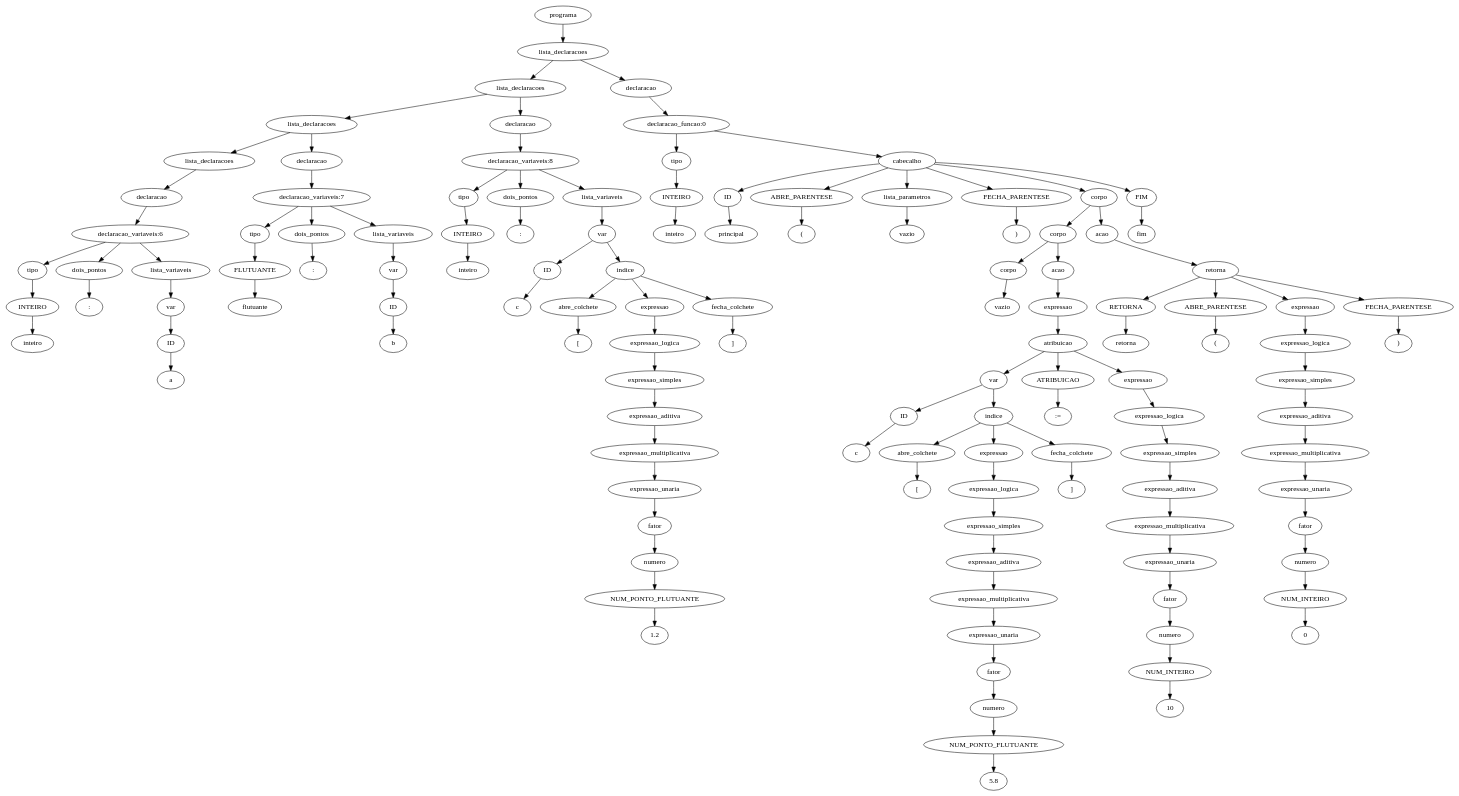
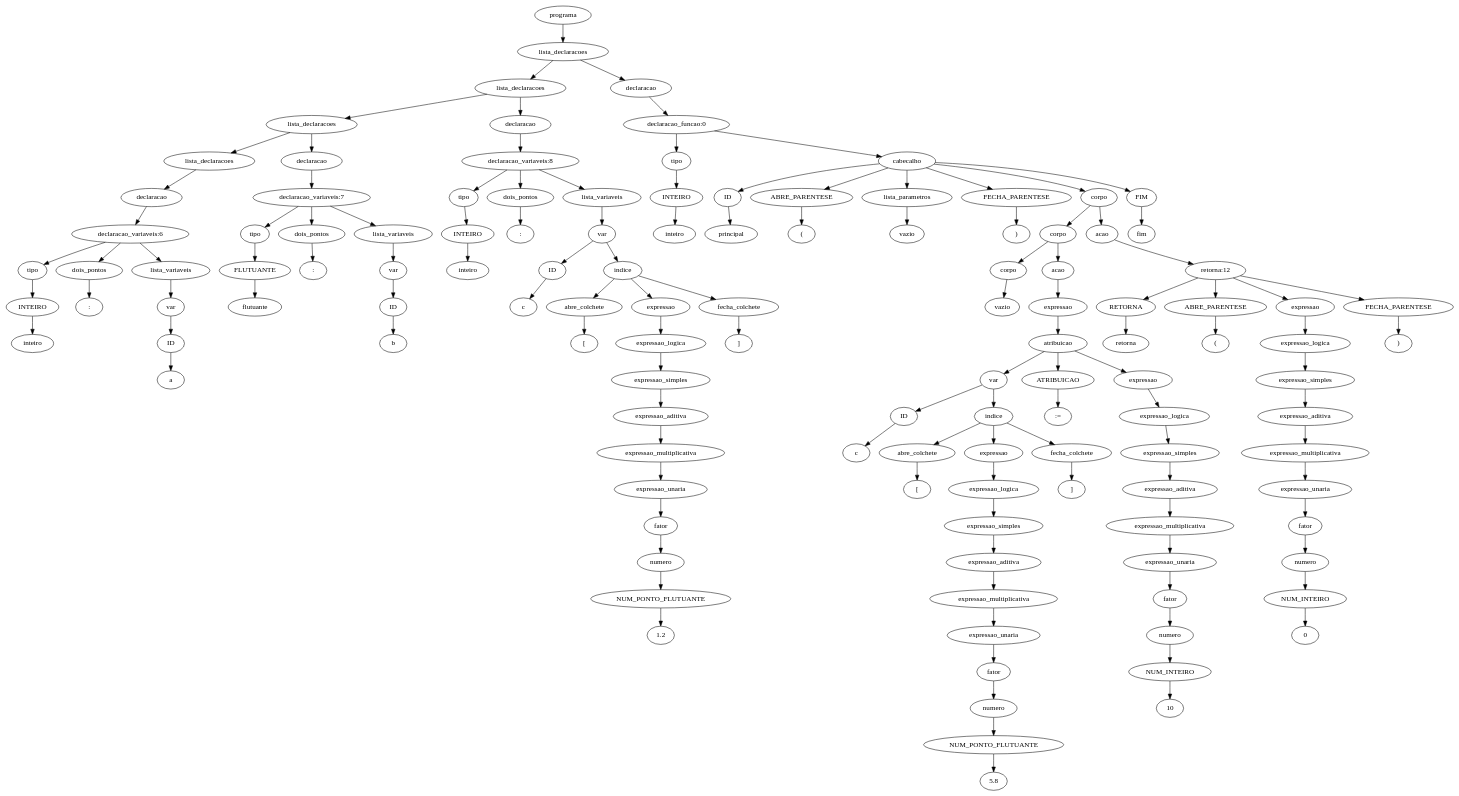
The diagram in 7.AnaliseSemantica/implementacao/semantica-testes/sema-002.tpp.unique.ast.dot (JuanFSR/Compiladores), drawn with Graphviz before and after one commit. The commit also changed 9 other files, not shown here.

```diff
--- a/7.AnaliseSemantica/implementacao/semantica-testes/sema-002.tpp.unique.ast.dot
+++ b/7.AnaliseSemantica/implementacao/semantica-testes/sema-002.tpp.unique.ast.dot
@@ -1,249 +1,249 @@
 digraph tree {
-    "0x7f5c901e0b50" [label="programa"];
-    "0x7f5c90171d30" [label="lista_declaracoes"];
-    "0x7f5c901e0df0" [label="lista_declaracoes"];
-    "0x7f5c901e0c70" [label="lista_declaracoes"];
-    "0x7f5c901e0a60" [label="lista_declaracoes"];
-    "0x7f5c90e227f0" [label="declaracao"];
-    "0x7f5c901e09d0" [label="declaracao_variaveis:6"];
-    "0x7f5c901e0940" [label="tipo"];
-    "0x7f5c901e09a0" [label="INTEIRO"];
-    "0x7f5c901e0a00" [label="inteiro"];
-    "0x7f5c901e0ac0" [label="dois_pontos"];
-    "0x7f5c901e0970" [label=":"];
-    "0x7f5c901e0a30" [label="lista_variaveis"];
-    "0x7f5c90e19310" [label="var"];
-    "0x7f5cd2d5d460" [label="ID"];
-    "0x7f5c901e0b20" [label="a"];
-    "0x7f5c901e0bb0" [label="declaracao"];
-    "0x7f5c901e0d30" [label="declaracao_variaveis:7"];
-    "0x7f5c901e0be0" [label="tipo"];
-    "0x7f5c901e0c10" [label="FLUTUANTE"];
-    "0x7f5c901e0c40" [label="flutuante"];
-    "0x7f5c901e0e50" [label="dois_pontos"];
-    "0x7f5c901e0e80" [label=":"];
-    "0x7f5c901e0ca0" [label="lista_variaveis"];
-    "0x7f5c901e0af0" [label="var"];
-    "0x7f5c901e0a90" [label="ID"];
-    "0x7f5c901e0d90" [label="b"];
-    "0x7f5c901e0eb0" [label="declaracao"];
-    "0x7f5c901713d0" [label="declaracao_variaveis:8"];
-    "0x7f5c901b5f40" [label="tipo"];
-    "0x7f5c903f5a00" [label="INTEIRO"];
-    "0x7f5c901e0ee0" [label="inteiro"];
-    "0x7f5c901712b0" [label="dois_pontos"];
-    "0x7f5c90171070" [label=":"];
-    "0x7f5c901e0dc0" [label="lista_variaveis"];
-    "0x7f5c901e0f40" [label="var"];
-    "0x7f5c901e0f70" [label="ID"];
-    "0x7f5c901711c0" [label="c"];
-    "0x7f5c90171190" [label="indice"];
-    "0x7f5c90171220" [label="abre_colchete"];
-    "0x7f5c90171310" [label="["];
-    "0x7f5c90171160" [label="expressao"];
-    "0x7f5c90171130" [label="expressao_logica"];
-    "0x7f5c901710a0" [label="expressao_simples"];
-    "0x7f5c901e0fd0" [label="expressao_aditiva"];
-    "0x7f5c90171100" [label="expressao_multiplicativa"];
-    "0x7f5c901e0f10" [label="expressao_unaria"];
-    "0x7f5c901e0fa0" [label="fator"];
-    "0x7f5c901e0d60" [label="numero"];
-    "0x7f5c901e0d00" [label="NUM_PONTO_FLUTUANTE"];
-    "0x7f5c901710d0" [label="1.2"];
-    "0x7f5c90171340" [label="fecha_colchete"];
-    "0x7f5c90171370" [label="]"];
-    "0x7f5c901e0e20" [label="declaracao"];
-    "0x7f5c90171400" [label="declaracao_funcao:0"];
-    "0x7f5c901e0b80" [label="tipo"];
-    "0x7f5c901e07c0" [label="INTEIRO"];
-    "0x7f5c90171430" [label="inteiro"];
-    "0x7f5c90171a00" [label="cabecalho"];
-    "0x7f5c9017d220" [label="ID"];
-    "0x7f5c9017d250" [label="principal"];
-    "0x7f5c9017d0a0" [label="ABRE_PARENTESE"];
-    "0x7f5c9017d100" [label="("];
-    "0x7f5c90171550" [label="lista_parametros"];
-    "0x7f5c901712e0" [label="vazio"];
-    "0x7f5c9017d040" [label="FECHA_PARENTESE"];
-    "0x7f5c9017d280" [label=")"];
-    "0x7f5c90171fa0" [label="corpo"];
-    "0x7f5c90171d90" [label="corpo"];
-    "0x7f5c90171670" [label="corpo"];
-    "0x7f5c90171460" [label="vazio"];
-    "0x7f5c90171ca0" [label="acao"];
-    "0x7f5c90171af0" [label="expressao"];
-    "0x7f5c90171c40" [label="atribuicao"];
-    "0x7f5c901716d0" [label="var"];
-    "0x7f5c90171700" [label="ID"];
-    "0x7f5c90171910" [label="c"];
-    "0x7f5c901718e0" [label="indice"];
-    "0x7f5c90171970" [label="abre_colchete"];
-    "0x7f5c90171a60" [label="["];
-    "0x7f5c901718b0" [label="expressao"];
-    "0x7f5c90171880" [label="expressao_logica"];
-    "0x7f5c901717f0" [label="expressao_simples"];
-    "0x7f5c90171760" [label="expressao_aditiva"];
-    "0x7f5c90171850" [label="expressao_multiplicativa"];
-    "0x7f5c901716a0" [label="expressao_unaria"];
-    "0x7f5c90171730" [label="fator"];
-    "0x7f5c90171580" [label="numero"];
-    "0x7f5c901715e0" [label="NUM_PONTO_FLUTUANTE"];
-    "0x7f5c90171820" [label="5.8"];
-    "0x7f5c90171a90" [label="fecha_colchete"];
-    "0x7f5c90171ac0" [label="]"];
-    "0x7f5c90171cd0" [label="ATRIBUICAO"];
-    "0x7f5c90171d60" [label=":="];
-    "0x7f5c90171c10" [label="expressao"];
-    "0x7f5c90171be0" [label="expressao_logica"];
-    "0x7f5c90171b80" [label="expressao_simples"];
-    "0x7f5c901717c0" [label="expressao_aditiva"];
-    "0x7f5c90171a30" [label="expressao_multiplicativa"];
-    "0x7f5c901719a0" [label="expressao_unaria"];
-    "0x7f5c90171790" [label="fator"];
-    "0x7f5c90171610" [label="numero"];
-    "0x7f5c901715b0" [label="NUM_INTEIRO"];
-    "0x7f5c90171940" [label="10"];
-    "0x7f5c90171bb0" [label="acao"];
-    "0x7f5c90171f40" [label="retorna"];
-    "0x7f5c90171fd0" [label="RETORNA"];
-    "0x7f5c9017d130" [label="retorna"];
-    "0x7f5c9017d160" [label="ABRE_PARENTESE"];
-    "0x7f5c9017d190" [label="("];
-    "0x7f5c90171f10" [label="expressao"];
-    "0x7f5c90171ee0" [label="expressao_logica"];
-    "0x7f5c90171eb0" [label="expressao_simples"];
-    "0x7f5c90171e20" [label="expressao_aditiva"];
-    "0x7f5c901719d0" [label="expressao_multiplicativa"];
-    "0x7f5c90171dc0" [label="expressao_unaria"];
-    "0x7f5c90171df0" [label="fator"];
-    "0x7f5c901714f0" [label="numero"];
-    "0x7f5c90171640" [label="NUM_INTEIRO"];
-    "0x7f5c90171b20" [label="0"];
-    "0x7f5c9017d1c0" [label="FECHA_PARENTESE"];
-    "0x7f5c9017d1f0" [label=")"];
-    "0x7f5c9017d2b0" [label="FIM"];
-    "0x7f5c9017d2e0" [label="fim"];
-    "0x7f5c901e0b50" -> "0x7f5c90171d30";
-    "0x7f5c90171d30" -> "0x7f5c901e0df0";
-    "0x7f5c90171d30" -> "0x7f5c901e0e20";
-    "0x7f5c901e0df0" -> "0x7f5c901e0c70";
-    "0x7f5c901e0df0" -> "0x7f5c901e0eb0";
-    "0x7f5c901e0c70" -> "0x7f5c901e0a60";
-    "0x7f5c901e0c70" -> "0x7f5c901e0bb0";
-    "0x7f5c901e0a60" -> "0x7f5c90e227f0";
-    "0x7f5c90e227f0" -> "0x7f5c901e09d0";
-    "0x7f5c901e09d0" -> "0x7f5c901e0940";
-    "0x7f5c901e09d0" -> "0x7f5c901e0ac0";
-    "0x7f5c901e09d0" -> "0x7f5c901e0a30";
-    "0x7f5c901e0940" -> "0x7f5c901e09a0";
-    "0x7f5c901e09a0" -> "0x7f5c901e0a00";
-    "0x7f5c901e0ac0" -> "0x7f5c901e0970";
-    "0x7f5c901e0a30" -> "0x7f5c90e19310";
-    "0x7f5c90e19310" -> "0x7f5cd2d5d460";
-    "0x7f5cd2d5d460" -> "0x7f5c901e0b20";
-    "0x7f5c901e0bb0" -> "0x7f5c901e0d30";
-    "0x7f5c901e0d30" -> "0x7f5c901e0be0";
-    "0x7f5c901e0d30" -> "0x7f5c901e0e50";
-    "0x7f5c901e0d30" -> "0x7f5c901e0ca0";
-    "0x7f5c901e0be0" -> "0x7f5c901e0c10";
-    "0x7f5c901e0c10" -> "0x7f5c901e0c40";
-    "0x7f5c901e0e50" -> "0x7f5c901e0e80";
-    "0x7f5c901e0ca0" -> "0x7f5c901e0af0";
-    "0x7f5c901e0af0" -> "0x7f5c901e0a90";
-    "0x7f5c901e0a90" -> "0x7f5c901e0d90";
-    "0x7f5c901e0eb0" -> "0x7f5c901713d0";
-    "0x7f5c901713d0" -> "0x7f5c901b5f40";
-    "0x7f5c901713d0" -> "0x7f5c901712b0";
-    "0x7f5c901713d0" -> "0x7f5c901e0dc0";
-    "0x7f5c901b5f40" -> "0x7f5c903f5a00";
-    "0x7f5c903f5a00" -> "0x7f5c901e0ee0";
-    "0x7f5c901712b0" -> "0x7f5c90171070";
-    "0x7f5c901e0dc0" -> "0x7f5c901e0f40";
-    "0x7f5c901e0f40" -> "0x7f5c901e0f70";
-    "0x7f5c901e0f40" -> "0x7f5c90171190";
-    "0x7f5c901e0f70" -> "0x7f5c901711c0";
-    "0x7f5c90171190" -> "0x7f5c90171220";
-    "0x7f5c90171190" -> "0x7f5c90171160";
-    "0x7f5c90171190" -> "0x7f5c90171340";
-    "0x7f5c90171220" -> "0x7f5c90171310";
-    "0x7f5c90171160" -> "0x7f5c90171130";
-    "0x7f5c90171130" -> "0x7f5c901710a0";
-    "0x7f5c901710a0" -> "0x7f5c901e0fd0";
-    "0x7f5c901e0fd0" -> "0x7f5c90171100";
-    "0x7f5c90171100" -> "0x7f5c901e0f10";
-    "0x7f5c901e0f10" -> "0x7f5c901e0fa0";
-    "0x7f5c901e0fa0" -> "0x7f5c901e0d60";
-    "0x7f5c901e0d60" -> "0x7f5c901e0d00";
-    "0x7f5c901e0d00" -> "0x7f5c901710d0";
-    "0x7f5c90171340" -> "0x7f5c90171370";
-    "0x7f5c901e0e20" -> "0x7f5c90171400";
-    "0x7f5c90171400" -> "0x7f5c901e0b80";
-    "0x7f5c90171400" -> "0x7f5c90171a00";
-    "0x7f5c901e0b80" -> "0x7f5c901e07c0";
-    "0x7f5c901e07c0" -> "0x7f5c90171430";
-    "0x7f5c90171a00" -> "0x7f5c9017d220";
-    "0x7f5c90171a00" -> "0x7f5c9017d0a0";
-    "0x7f5c90171a00" -> "0x7f5c90171550";
-    "0x7f5c90171a00" -> "0x7f5c9017d040";
-    "0x7f5c90171a00" -> "0x7f5c90171fa0";
-    "0x7f5c90171a00" -> "0x7f5c9017d2b0";
-    "0x7f5c9017d220" -> "0x7f5c9017d250";
-    "0x7f5c9017d0a0" -> "0x7f5c9017d100";
-    "0x7f5c90171550" -> "0x7f5c901712e0";
-    "0x7f5c9017d040" -> "0x7f5c9017d280";
-    "0x7f5c90171fa0" -> "0x7f5c90171d90";
-    "0x7f5c90171fa0" -> "0x7f5c90171bb0";
-    "0x7f5c90171d90" -> "0x7f5c90171670";
-    "0x7f5c90171d90" -> "0x7f5c90171ca0";
-    "0x7f5c90171670" -> "0x7f5c90171460";
-    "0x7f5c90171ca0" -> "0x7f5c90171af0";
-    "0x7f5c90171af0" -> "0x7f5c90171c40";
-    "0x7f5c90171c40" -> "0x7f5c901716d0";
-    "0x7f5c90171c40" -> "0x7f5c90171cd0";
-    "0x7f5c90171c40" -> "0x7f5c90171c10";
-    "0x7f5c901716d0" -> "0x7f5c90171700";
-    "0x7f5c901716d0" -> "0x7f5c901718e0";
-    "0x7f5c90171700" -> "0x7f5c90171910";
-    "0x7f5c901718e0" -> "0x7f5c90171970";
-    "0x7f5c901718e0" -> "0x7f5c901718b0";
-    "0x7f5c901718e0" -> "0x7f5c90171a90";
-    "0x7f5c90171970" -> "0x7f5c90171a60";
-    "0x7f5c901718b0" -> "0x7f5c90171880";
-    "0x7f5c90171880" -> "0x7f5c901717f0";
-    "0x7f5c901717f0" -> "0x7f5c90171760";
-    "0x7f5c90171760" -> "0x7f5c90171850";
-    "0x7f5c90171850" -> "0x7f5c901716a0";
-    "0x7f5c901716a0" -> "0x7f5c90171730";
-    "0x7f5c90171730" -> "0x7f5c90171580";
-    "0x7f5c90171580" -> "0x7f5c901715e0";
-    "0x7f5c901715e0" -> "0x7f5c90171820";
-    "0x7f5c90171a90" -> "0x7f5c90171ac0";
-    "0x7f5c90171cd0" -> "0x7f5c90171d60";
-    "0x7f5c90171c10" -> "0x7f5c90171be0";
-    "0x7f5c90171be0" -> "0x7f5c90171b80";
-    "0x7f5c90171b80" -> "0x7f5c901717c0";
-    "0x7f5c901717c0" -> "0x7f5c90171a30";
-    "0x7f5c90171a30" -> "0x7f5c901719a0";
-    "0x7f5c901719a0" -> "0x7f5c90171790";
-    "0x7f5c90171790" -> "0x7f5c90171610";
-    "0x7f5c90171610" -> "0x7f5c901715b0";
-    "0x7f5c901715b0" -> "0x7f5c90171940";
-    "0x7f5c90171bb0" -> "0x7f5c90171f40";
-    "0x7f5c90171f40" -> "0x7f5c90171fd0";
-    "0x7f5c90171f40" -> "0x7f5c9017d160";
-    "0x7f5c90171f40" -> "0x7f5c90171f10";
-    "0x7f5c90171f40" -> "0x7f5c9017d1c0";
-    "0x7f5c90171fd0" -> "0x7f5c9017d130";
-    "0x7f5c9017d160" -> "0x7f5c9017d190";
-    "0x7f5c90171f10" -> "0x7f5c90171ee0";
-    "0x7f5c90171ee0" -> "0x7f5c90171eb0";
-    "0x7f5c90171eb0" -> "0x7f5c90171e20";
-    "0x7f5c90171e20" -> "0x7f5c901719d0";
-    "0x7f5c901719d0" -> "0x7f5c90171dc0";
-    "0x7f5c90171dc0" -> "0x7f5c90171df0";
-    "0x7f5c90171df0" -> "0x7f5c901714f0";
-    "0x7f5c901714f0" -> "0x7f5c90171640";
-    "0x7f5c90171640" -> "0x7f5c90171b20";
-    "0x7f5c9017d1c0" -> "0x7f5c9017d1f0";
-    "0x7f5c9017d2b0" -> "0x7f5c9017d2e0";
+    "0x7f21eaf4db20" [label="programa"];
+    "0x7f21eaee0d00" [label="lista_declaracoes"];
+    "0x7f21eaf4ddc0" [label="lista_declaracoes"];
+    "0x7f21eaf4dc40" [label="lista_declaracoes"];
+    "0x7f21eaf4da30" [label="lista_declaracoes"];
+    "0x7f21ebb917c0" [label="declaracao"];
+    "0x7f21eaf4d9a0" [label="declaracao_variaveis:6"];
+    "0x7f21eaf4d910" [label="tipo"];
+    "0x7f21eaf4d970" [label="INTEIRO"];
+    "0x7f21eaf4d9d0" [label="inteiro"];
+    "0x7f21eaf4da90" [label="dois_pontos"];
+    "0x7f21eaf4d940" [label=":"];
+    "0x7f21eaf4da00" [label="lista_variaveis"];
+    "0x7f21ebb862e0" [label="var"];
+    "0x7f222dac9430" [label="ID"];
+    "0x7f21eaf4daf0" [label="a"];
+    "0x7f21eaf4db80" [label="declaracao"];
+    "0x7f21eaf4dd00" [label="declaracao_variaveis:7"];
+    "0x7f21eaf4dbb0" [label="tipo"];
+    "0x7f21eaf4dbe0" [label="FLUTUANTE"];
+    "0x7f21eaf4dc10" [label="flutuante"];
+    "0x7f21eaf4de20" [label="dois_pontos"];
+    "0x7f21eaf4de50" [label=":"];
+    "0x7f21eaf4dc70" [label="lista_variaveis"];
+    "0x7f21eaf4dac0" [label="var"];
+    "0x7f21eaf4da60" [label="ID"];
+    "0x7f21eaf4dd60" [label="b"];
+    "0x7f21eaf4de80" [label="declaracao"];
+    "0x7f21eaee03a0" [label="declaracao_variaveis:8"];
+    "0x7f21eaf25f10" [label="tipo"];
+    "0x7f21eb1639d0" [label="INTEIRO"];
+    "0x7f21eaf4deb0" [label="inteiro"];
+    "0x7f21eaee0280" [label="dois_pontos"];
+    "0x7f21eaee0040" [label=":"];
+    "0x7f21eaf4dd90" [label="lista_variaveis"];
+    "0x7f21eaf4df10" [label="var"];
+    "0x7f21eaf4df40" [label="ID"];
+    "0x7f21eaf4dfd0" [label="c"];
+    "0x7f21eaee0160" [label="indice"];
+    "0x7f21eaee01f0" [label="abre_colchete"];
+    "0x7f21eaee02e0" [label="["];
+    "0x7f21eaee0130" [label="expressao"];
+    "0x7f21eaee0100" [label="expressao_logica"];
+    "0x7f21eaee0070" [label="expressao_simples"];
+    "0x7f21eaf4dfa0" [label="expressao_aditiva"];
+    "0x7f21eaee00d0" [label="expressao_multiplicativa"];
+    "0x7f21eaf4dee0" [label="expressao_unaria"];
+    "0x7f21eaf4df70" [label="fator"];
+    "0x7f21eaf4dd30" [label="numero"];
+    "0x7f21eaf4dcd0" [label="NUM_PONTO_FLUTUANTE"];
+    "0x7f21eaee00a0" [label="1.2"];
+    "0x7f21eaee0310" [label="fecha_colchete"];
+    "0x7f21eaee0340" [label="]"];
+    "0x7f21eaf4ddf0" [label="declaracao"];
+    "0x7f21eaee03d0" [label="declaracao_funcao:0"];
+    "0x7f21eaf4db50" [label="tipo"];
+    "0x7f21eaf4d790" [label="INTEIRO"];
+    "0x7f21eaee0400" [label="inteiro"];
+    "0x7f21eaee09d0" [label="cabecalho"];
+    "0x7f21eaee0e50" [label="ID"];
+    "0x7f21eaeec1f0" [label="principal"];
+    "0x7f21eaeec220" [label="ABRE_PARENTESE"];
+    "0x7f21eaeec070" [label="("];
+    "0x7f21eaee0520" [label="lista_parametros"];
+    "0x7f21eaee02b0" [label="vazio"];
+    "0x7f21eaeec0d0" [label="FECHA_PARENTESE"];
+    "0x7f21eaeec250" [label=")"];
+    "0x7f21eaee0f70" [label="corpo"];
+    "0x7f21eaee0d60" [label="corpo"];
+    "0x7f21eaee0640" [label="corpo"];
+    "0x7f21eaee0430" [label="vazio"];
+    "0x7f21eaee0c70" [label="acao"];
+    "0x7f21eaee0ac0" [label="expressao"];
+    "0x7f21eaee0c10" [label="atribuicao"];
+    "0x7f21eaee06a0" [label="var"];
+    "0x7f21eaee06d0" [label="ID"];
+    "0x7f21eaee08e0" [label="c"];
+    "0x7f21eaee08b0" [label="indice"];
+    "0x7f21eaee0940" [label="abre_colchete"];
+    "0x7f21eaee0a30" [label="["];
+    "0x7f21eaee0880" [label="expressao"];
+    "0x7f21eaee0850" [label="expressao_logica"];
+    "0x7f21eaee07c0" [label="expressao_simples"];
+    "0x7f21eaee0730" [label="expressao_aditiva"];
+    "0x7f21eaee0820" [label="expressao_multiplicativa"];
+    "0x7f21eaee0670" [label="expressao_unaria"];
+    "0x7f21eaee0700" [label="fator"];
+    "0x7f21eaee0550" [label="numero"];
+    "0x7f21eaee05b0" [label="NUM_PONTO_FLUTUANTE"];
+    "0x7f21eaee07f0" [label="5.8"];
+    "0x7f21eaee0a60" [label="fecha_colchete"];
+    "0x7f21eaee0a90" [label="]"];
+    "0x7f21eaee0ca0" [label="ATRIBUICAO"];
+    "0x7f21eaee0d30" [label=":="];
+    "0x7f21eaee0be0" [label="expressao"];
+    "0x7f21eaee0bb0" [label="expressao_logica"];
+    "0x7f21eaee0b50" [label="expressao_simples"];
+    "0x7f21eaee0790" [label="expressao_aditiva"];
+    "0x7f21eaee0a00" [label="expressao_multiplicativa"];
+    "0x7f21eaee0970" [label="expressao_unaria"];
+    "0x7f21eaee0760" [label="fator"];
+    "0x7f21eaee05e0" [label="numero"];
+    "0x7f21eaee0580" [label="NUM_INTEIRO"];
+    "0x7f21eaee0910" [label="10"];
+    "0x7f21eaee0b80" [label="acao"];
+    "0x7f21eaee0f10" [label="retorna:12"];
+    "0x7f21eaee0fa0" [label="RETORNA"];
+    "0x7f21eaeec100" [label="retorna"];
+    "0x7f21eaeec130" [label="ABRE_PARENTESE"];
+    "0x7f21eaeec160" [label="("];
+    "0x7f21eaee0ee0" [label="expressao"];
+    "0x7f21eaee0eb0" [label="expressao_logica"];
+    "0x7f21eaee0e80" [label="expressao_simples"];
+    "0x7f21eaee0df0" [label="expressao_aditiva"];
+    "0x7f21eaee09a0" [label="expressao_multiplicativa"];
+    "0x7f21eaee0d90" [label="expressao_unaria"];
+    "0x7f21eaee0dc0" [label="fator"];
+    "0x7f21eaee04c0" [label="numero"];
+    "0x7f21eaee0610" [label="NUM_INTEIRO"];
+    "0x7f21eaee0af0" [label="0"];
+    "0x7f21eaeec190" [label="FECHA_PARENTESE"];
+    "0x7f21eaeec1c0" [label=")"];
+    "0x7f21eaeec280" [label="FIM"];
+    "0x7f21eaeec2b0" [label="fim"];
+    "0x7f21eaf4db20" -> "0x7f21eaee0d00";
+    "0x7f21eaee0d00" -> "0x7f21eaf4ddc0";
+    "0x7f21eaee0d00" -> "0x7f21eaf4ddf0";
+    "0x7f21eaf4ddc0" -> "0x7f21eaf4dc40";
+    "0x7f21eaf4ddc0" -> "0x7f21eaf4de80";
+    "0x7f21eaf4dc40" -> "0x7f21eaf4da30";
+    "0x7f21eaf4dc40" -> "0x7f21eaf4db80";
+    "0x7f21eaf4da30" -> "0x7f21ebb917c0";
+    "0x7f21ebb917c0" -> "0x7f21eaf4d9a0";
+    "0x7f21eaf4d9a0" -> "0x7f21eaf4d910";
+    "0x7f21eaf4d9a0" -> "0x7f21eaf4da90";
+    "0x7f21eaf4d9a0" -> "0x7f21eaf4da00";
+    "0x7f21eaf4d910" -> "0x7f21eaf4d970";
+    "0x7f21eaf4d970" -> "0x7f21eaf4d9d0";
+    "0x7f21eaf4da90" -> "0x7f21eaf4d940";
+    "0x7f21eaf4da00" -> "0x7f21ebb862e0";
+    "0x7f21ebb862e0" -> "0x7f222dac9430";
+    "0x7f222dac9430" -> "0x7f21eaf4daf0";
+    "0x7f21eaf4db80" -> "0x7f21eaf4dd00";
+    "0x7f21eaf4dd00" -> "0x7f21eaf4dbb0";
+    "0x7f21eaf4dd00" -> "0x7f21eaf4de20";
+    "0x7f21eaf4dd00" -> "0x7f21eaf4dc70";
+    "0x7f21eaf4dbb0" -> "0x7f21eaf4dbe0";
+    "0x7f21eaf4dbe0" -> "0x7f21eaf4dc10";
+    "0x7f21eaf4de20" -> "0x7f21eaf4de50";
+    "0x7f21eaf4dc70" -> "0x7f21eaf4dac0";
+    "0x7f21eaf4dac0" -> "0x7f21eaf4da60";
+    "0x7f21eaf4da60" -> "0x7f21eaf4dd60";
+    "0x7f21eaf4de80" -> "0x7f21eaee03a0";
+    "0x7f21eaee03a0" -> "0x7f21eaf25f10";
+    "0x7f21eaee03a0" -> "0x7f21eaee0280";
+    "0x7f21eaee03a0" -> "0x7f21eaf4dd90";
+    "0x7f21eaf25f10" -> "0x7f21eb1639d0";
+    "0x7f21eb1639d0" -> "0x7f21eaf4deb0";
+    "0x7f21eaee0280" -> "0x7f21eaee0040";
+    "0x7f21eaf4dd90" -> "0x7f21eaf4df10";
+    "0x7f21eaf4df10" -> "0x7f21eaf4df40";
+    "0x7f21eaf4df10" -> "0x7f21eaee0160";
+    "0x7f21eaf4df40" -> "0x7f21eaf4dfd0";
+    "0x7f21eaee0160" -> "0x7f21eaee01f0";
+    "0x7f21eaee0160" -> "0x7f21eaee0130";
+    "0x7f21eaee0160" -> "0x7f21eaee0310";
+    "0x7f21eaee01f0" -> "0x7f21eaee02e0";
+    "0x7f21eaee0130" -> "0x7f21eaee0100";
+    "0x7f21eaee0100" -> "0x7f21eaee0070";
+    "0x7f21eaee0070" -> "0x7f21eaf4dfa0";
+    "0x7f21eaf4dfa0" -> "0x7f21eaee00d0";
+    "0x7f21eaee00d0" -> "0x7f21eaf4dee0";
+    "0x7f21eaf4dee0" -> "0x7f21eaf4df70";
+    "0x7f21eaf4df70" -> "0x7f21eaf4dd30";
+    "0x7f21eaf4dd30" -> "0x7f21eaf4dcd0";
+    "0x7f21eaf4dcd0" -> "0x7f21eaee00a0";
+    "0x7f21eaee0310" -> "0x7f21eaee0340";
+    "0x7f21eaf4ddf0" -> "0x7f21eaee03d0";
+    "0x7f21eaee03d0" -> "0x7f21eaf4db50";
+    "0x7f21eaee03d0" -> "0x7f21eaee09d0";
+    "0x7f21eaf4db50" -> "0x7f21eaf4d790";
+    "0x7f21eaf4d790" -> "0x7f21eaee0400";
+    "0x7f21eaee09d0" -> "0x7f21eaee0e50";
+    "0x7f21eaee09d0" -> "0x7f21eaeec220";
+    "0x7f21eaee09d0" -> "0x7f21eaee0520";
+    "0x7f21eaee09d0" -> "0x7f21eaeec0d0";
+    "0x7f21eaee09d0" -> "0x7f21eaee0f70";
+    "0x7f21eaee09d0" -> "0x7f21eaeec280";
+    "0x7f21eaee0e50" -> "0x7f21eaeec1f0";
+    "0x7f21eaeec220" -> "0x7f21eaeec070";
+    "0x7f21eaee0520" -> "0x7f21eaee02b0";
+    "0x7f21eaeec0d0" -> "0x7f21eaeec250";
+    "0x7f21eaee0f70" -> "0x7f21eaee0d60";
+    "0x7f21eaee0f70" -> "0x7f21eaee0b80";
+    "0x7f21eaee0d60" -> "0x7f21eaee0640";
+    "0x7f21eaee0d60" -> "0x7f21eaee0c70";
+    "0x7f21eaee0640" -> "0x7f21eaee0430";
+    "0x7f21eaee0c70" -> "0x7f21eaee0ac0";
+    "0x7f21eaee0ac0" -> "0x7f21eaee0c10";
+    "0x7f21eaee0c10" -> "0x7f21eaee06a0";
+    "0x7f21eaee0c10" -> "0x7f21eaee0ca0";
+    "0x7f21eaee0c10" -> "0x7f21eaee0be0";
+    "0x7f21eaee06a0" -> "0x7f21eaee06d0";
+    "0x7f21eaee06a0" -> "0x7f21eaee08b0";
+    "0x7f21eaee06d0" -> "0x7f21eaee08e0";
+    "0x7f21eaee08b0" -> "0x7f21eaee0940";
+    "0x7f21eaee08b0" -> "0x7f21eaee0880";
+    "0x7f21eaee08b0" -> "0x7f21eaee0a60";
+    "0x7f21eaee0940" -> "0x7f21eaee0a30";
+    "0x7f21eaee0880" -> "0x7f21eaee0850";
+    "0x7f21eaee0850" -> "0x7f21eaee07c0";
+    "0x7f21eaee07c0" -> "0x7f21eaee0730";
+    "0x7f21eaee0730" -> "0x7f21eaee0820";
+    "0x7f21eaee0820" -> "0x7f21eaee0670";
+    "0x7f21eaee0670" -> "0x7f21eaee0700";
+    "0x7f21eaee0700" -> "0x7f21eaee0550";
+    "0x7f21eaee0550" -> "0x7f21eaee05b0";
+    "0x7f21eaee05b0" -> "0x7f21eaee07f0";
+    "0x7f21eaee0a60" -> "0x7f21eaee0a90";
+    "0x7f21eaee0ca0" -> "0x7f21eaee0d30";
+    "0x7f21eaee0be0" -> "0x7f21eaee0bb0";
+    "0x7f21eaee0bb0" -> "0x7f21eaee0b50";
+    "0x7f21eaee0b50" -> "0x7f21eaee0790";
+    "0x7f21eaee0790" -> "0x7f21eaee0a00";
+    "0x7f21eaee0a00" -> "0x7f21eaee0970";
+    "0x7f21eaee0970" -> "0x7f21eaee0760";
+    "0x7f21eaee0760" -> "0x7f21eaee05e0";
+    "0x7f21eaee05e0" -> "0x7f21eaee0580";
+    "0x7f21eaee0580" -> "0x7f21eaee0910";
+    "0x7f21eaee0b80" -> "0x7f21eaee0f10";
+    "0x7f21eaee0f10" -> "0x7f21eaee0fa0";
+    "0x7f21eaee0f10" -> "0x7f21eaeec130";
+    "0x7f21eaee0f10" -> "0x7f21eaee0ee0";
+    "0x7f21eaee0f10" -> "0x7f21eaeec190";
+    "0x7f21eaee0fa0" -> "0x7f21eaeec100";
+    "0x7f21eaeec130" -> "0x7f21eaeec160";
+    "0x7f21eaee0ee0" -> "0x7f21eaee0eb0";
+    "0x7f21eaee0eb0" -> "0x7f21eaee0e80";
+    "0x7f21eaee0e80" -> "0x7f21eaee0df0";
+    "0x7f21eaee0df0" -> "0x7f21eaee09a0";
+    "0x7f21eaee09a0" -> "0x7f21eaee0d90";
+    "0x7f21eaee0d90" -> "0x7f21eaee0dc0";
+    "0x7f21eaee0dc0" -> "0x7f21eaee04c0";
+    "0x7f21eaee04c0" -> "0x7f21eaee0610";
+    "0x7f21eaee0610" -> "0x7f21eaee0af0";
+    "0x7f21eaeec190" -> "0x7f21eaeec1c0";
+    "0x7f21eaeec280" -> "0x7f21eaeec2b0";
 }
```
